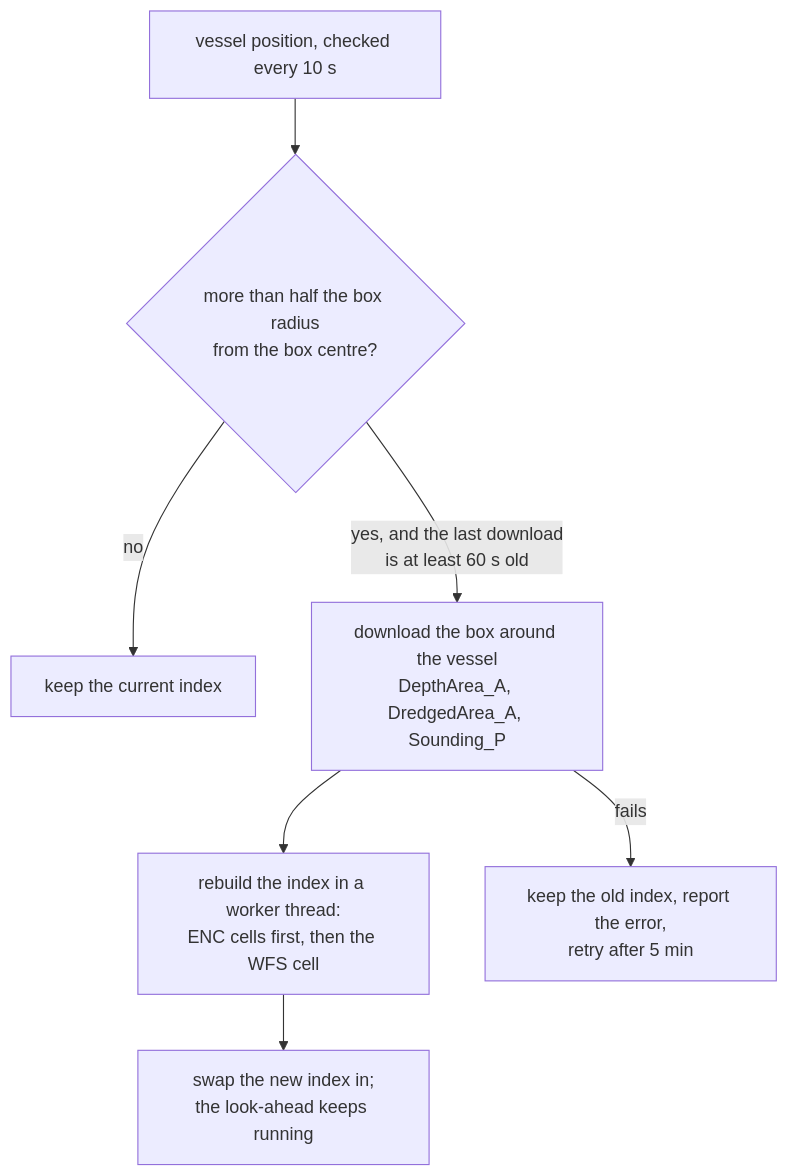
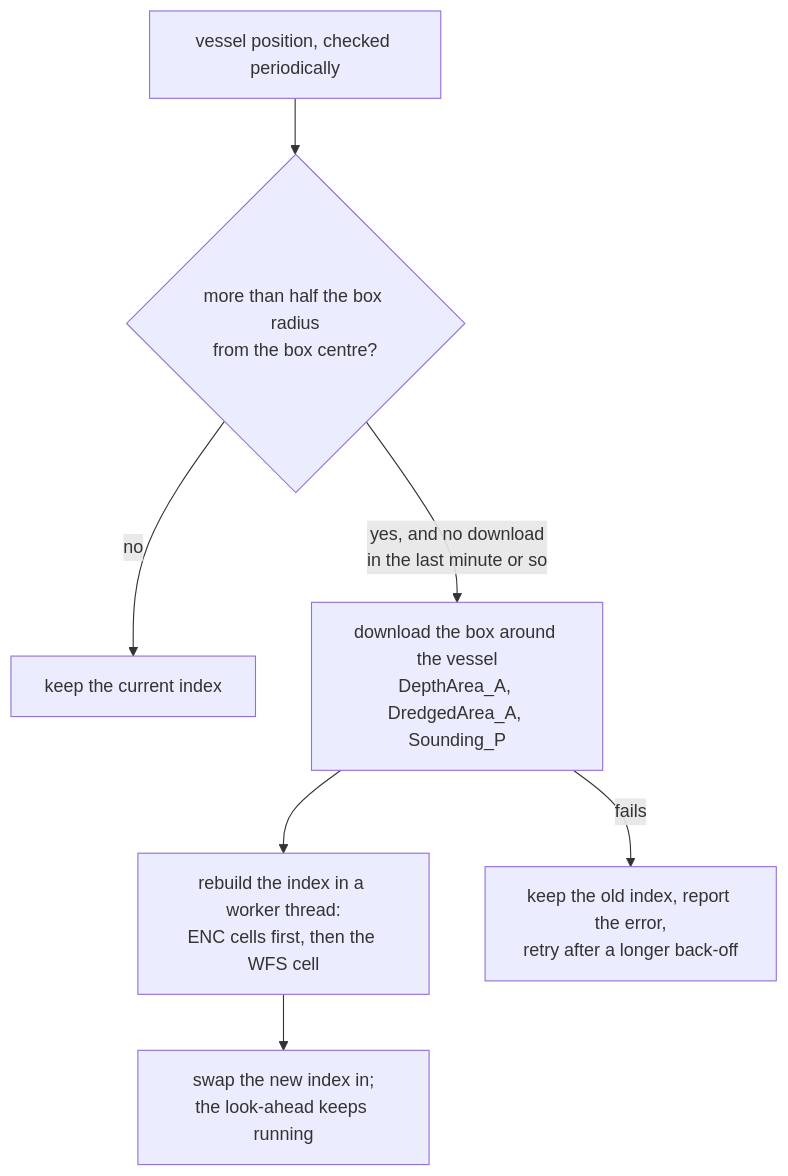
One commit to KEGustafsson/signalk-underkeel changed the sixth of 6 diagrams in docs/HOW-IT-WORKS.md. Above: the diagram before and after it, drawn with Mermaid. The commit also changed 1 other file, not shown here.

Commit message:
docs(guide): describe the WFS refresh timing in words
The guide repeated the check interval, the minimum gap between downloads
and the retry delay, which are constants in wfs-service.ts and would go
stale on the next tuning. The guide now says what happens; the plan's
WFS decision records the values.

Claude-Session: https://claude.ai/code/session_01RqAaJ4mFiWNeCzGpoFBYWA

````diff
--- a/docs/HOW-IT-WORKS.md
+++ b/docs/HOW-IT-WORKS.md
@@ -581,9 +581,9 @@
 ```mermaid
 flowchart TD
-  P[vessel position, checked every 10 s] --> D{more than half the box radius<br/>from the box centre?}
+  P[vessel position, checked periodically] --> D{more than half the box radius<br/>from the box centre?}
   D -- no --> KEEP[keep the current index]
-  D -- yes, and the last download<br/>is at least 60 s old --> W[download the box around the vessel<br/>DepthArea_A, DredgedArea_A, Sounding_P]
+  D -- yes, and no download<br/>in the last minute or so --> W[download the box around the vessel<br/>DepthArea_A, DredgedArea_A, Sounding_P]
   W --> B[rebuild the index in a worker thread:<br/>ENC cells first, then the WFS cell]
   B --> S[swap the new index in;<br/>the look-ahead keeps running]
-  W -- fails --> E[keep the old index, report the error,<br/>retry after 5 min]
+  W -- fails --> E[keep the old index, report the error,<br/>retry after a longer back-off]
 ```
````
